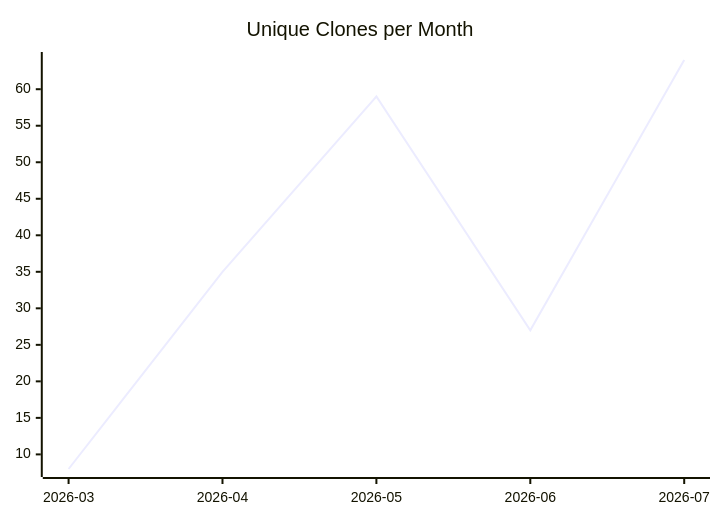
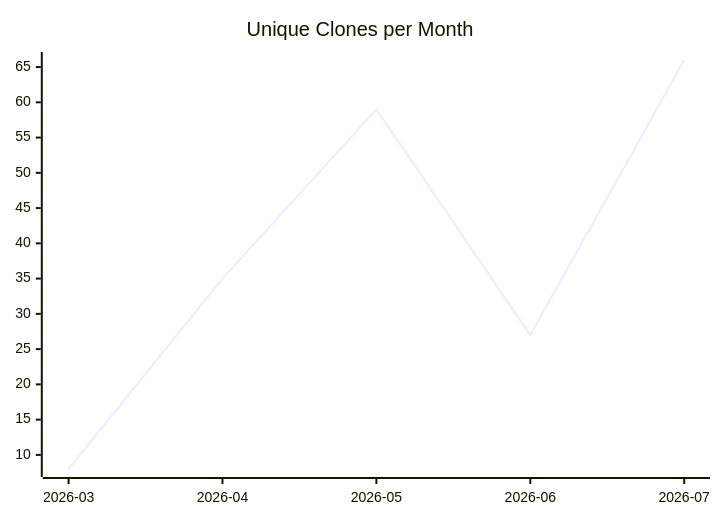
Before and after one commit to justdavis-family/github-analytics-data: the third of 3 diagrams in karlmdavis/fhir-benchmarks/README.md, drawn with Mermaid. The commit also changed other lines of this file and 180 other files, not shown here.

````diff
--- a/karlmdavis/fhir-benchmarks/README.md
+++ b/karlmdavis/fhir-benchmarks/README.md
@@ -19,6 +19,6 @@
 ```mermaid
 xychart-beta
   title "Unique Clones per Month"
   x-axis ["2026-03", "2026-04", "2026-05", "2026-06", "2026-07"]
-  line [8, 35, 59, 27, 64]
+  line [8, 35, 59, 27, 66]
 ```
````
